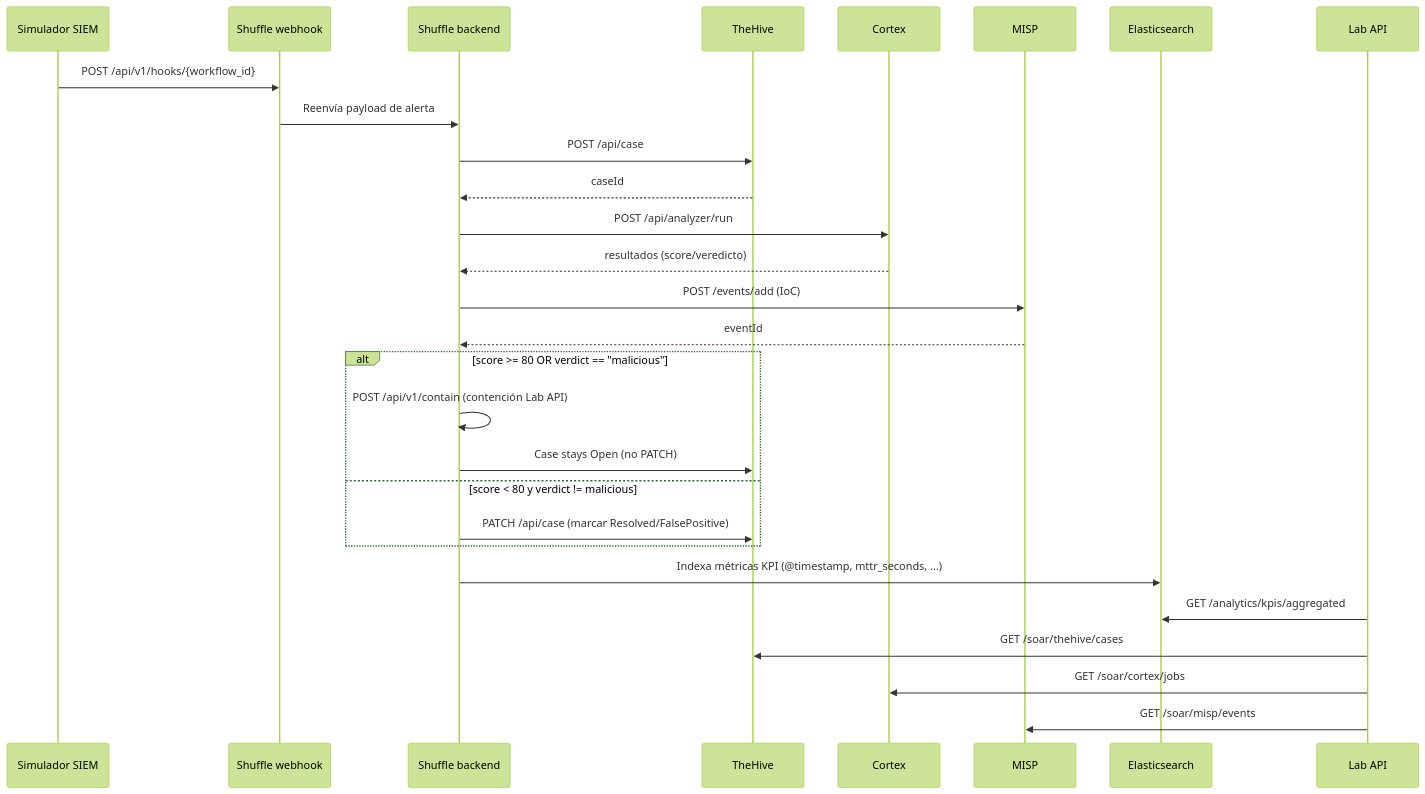
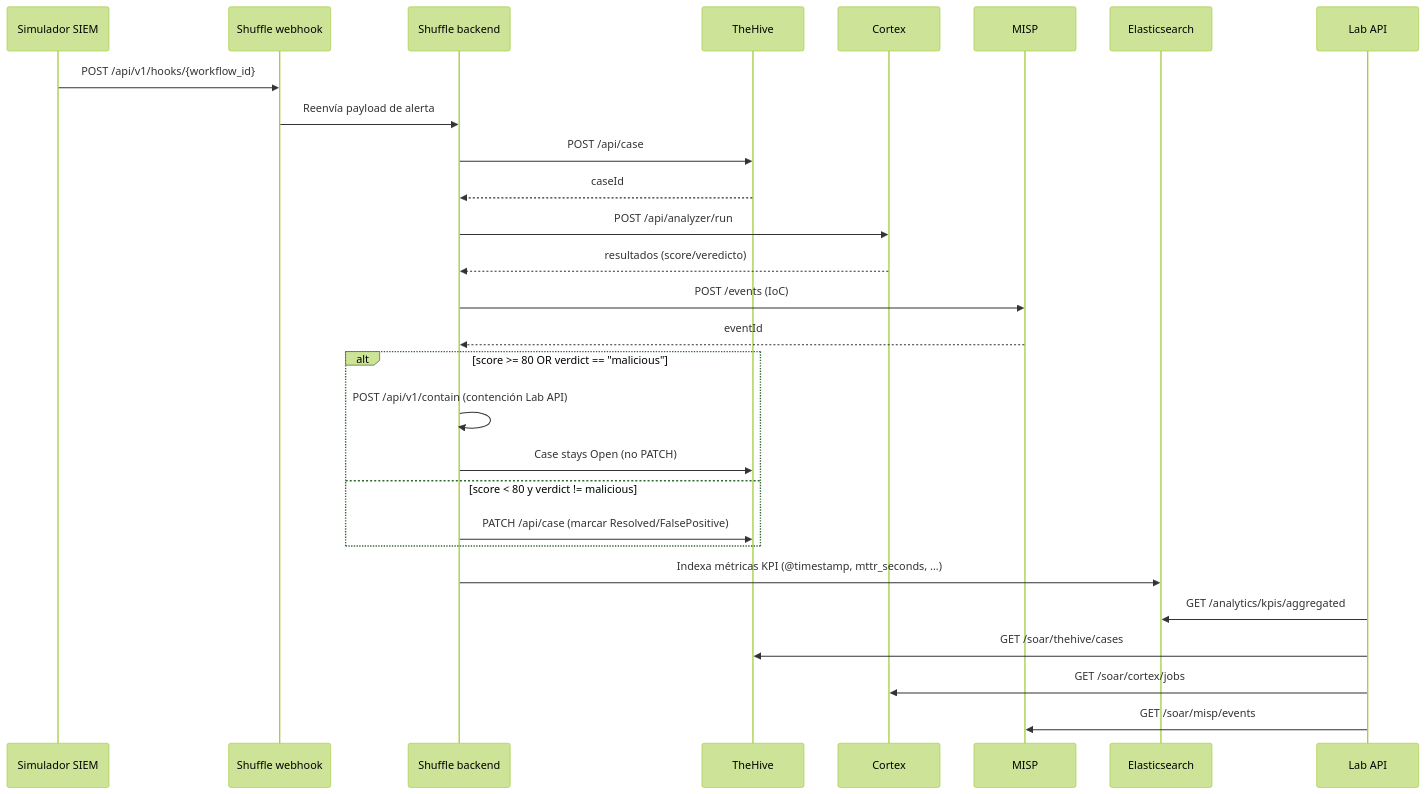
One commit to alesanfe/soar-ransomware-lab changed the fifth of 12 diagrams in docs/thesis/appendix_f.md. Above: the diagram before and after it, drawn with Mermaid (forest theme). The commit also changed other lines of this file, not shown here.

````diff
--- a/docs/thesis/appendix_f.md
+++ b/docs/thesis/appendix_f.md
@@ -198,31 +196,31 @@
 ```mermaid
 sequenceDiagram
  participant Sim as Simulador SIEM
  participant Shuffle as Shuffle webhook
  participant Backend as Shuffle backend
  participant TheHive as TheHive
  participant Cortex as Cortex
  participant MISP as MISP
  participant ES as Elasticsearch
  participant API as Lab API
 
  Sim->>Shuffle: POST /api/v1/hooks/{workflow_id}
  Shuffle->>Backend: Reenvía payload de alerta
  Backend->>TheHive: POST /api/case
  TheHive-->>Backend: caseId
  Backend->>Cortex: POST /api/analyzer/run
  Cortex-->>Backend: resultados (score/veredicto)
- Backend->>MISP: POST /events/add (IoC)
+ Backend->>MISP: POST /events (IoC)
  MISP-->>Backend: eventId
  alt score >= 80 OR verdict == "malicious"
  Backend->>Backend: POST /api/v1/contain (contención Lab API)
  Backend->>TheHive: Case stays Open (no PATCH)
  else score < 80 y verdict != malicious
  Backend->>TheHive: PATCH /api/case (marcar Resolved/FalsePositive)
  end
  Backend->>ES: Indexa métricas KPI (@timestamp, mttr_seconds, ...)
  API->>ES: GET /analytics/kpis/aggregated
  API->>TheHive: GET /soar/thehive/cases
  API->>Cortex: GET /soar/cortex/jobs
  API->>MISP: GET /soar/misp/events
 ```
````
